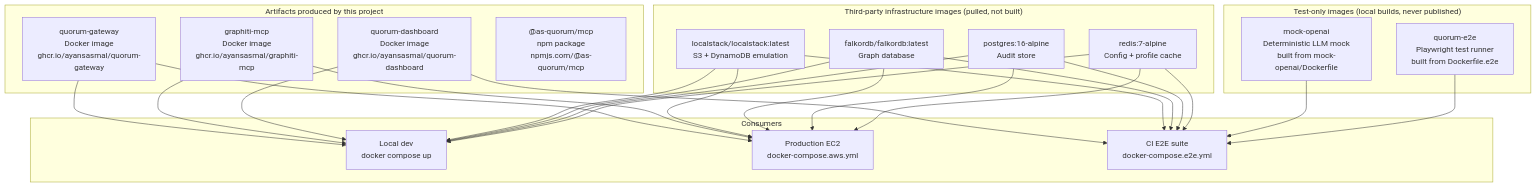
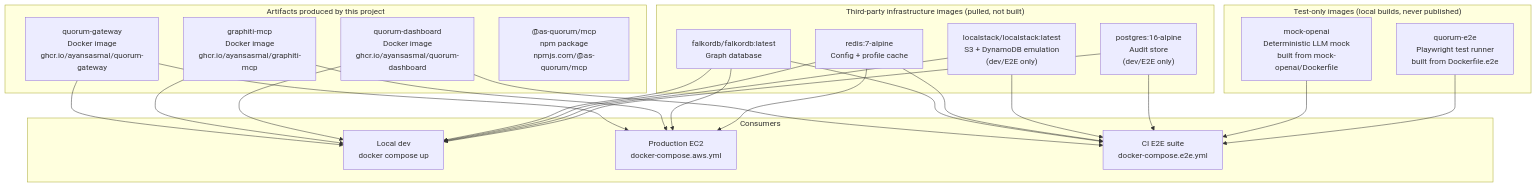
Before and after one commit to ayansasmal/quorum: the first of 6 diagrams in docs/CICD-DEPLOYMENT.md, drawn with Mermaid. The commit also changed other lines of this file and 1 other file, not shown here.

Commit message:
docs: align runtime artifact notes

````diff
--- a/docs/CICD-DEPLOYMENT.md
+++ b/docs/CICD-DEPLOYMENT.md
@@ -13,33 +13,34 @@
 ```mermaid
 graph TD
     subgraph artifacts["Artifacts produced by this project"]
         GW["quorum-gateway\nDocker image\nghcr.io/ayansasmal/quorum-gateway"]
         GR["graphiti-mcp\nDocker image\nghcr.io/ayansasmal/graphiti-mcp"]
         DASH["quorum-dashboard\nDocker image\nghcr.io/ayansasmal/quorum-dashboard"]
         MCP["@as-quorum/mcp\nnpm package\nnpmjs.com/@as-quorum/mcp"]
     end
 
     subgraph infra["Third-party infrastructure images (pulled, not built)"]
-        LS["localstack/localstack:latest\nS3 + DynamoDB emulation"]
+        LS["localstack/localstack:latest\nS3 + DynamoDB emulation\n(dev/E2E only)"]
         FDB["falkordb/falkordb:latest\nGraph database"]
-        PG["postgres:16-alpine\nAudit store"]
+        PG["postgres:16-alpine\nAudit store\n(dev/E2E only)"]
         RD["redis:7-alpine\nConfig + profile cache"]
     end
 
     subgraph testonly["Test-only images (local builds, never published)"]
         MO["mock-openai\nDeterministic LLM mock\nbuilt from mock-openai/Dockerfile"]
         E2E["quorum-e2e\nPlaywright test runner\nbuilt from Dockerfile.e2e"]
     end
 
     subgraph consumers["Consumers"]
         DEV["Local dev\ndocker compose up"]
         PROD["Production EC2\ndocker-compose.aws.yml"]
         CI_E2E["CI E2E suite\ndocker-compose.e2e.yml"]
     end
 
     GW --> DEV & PROD
     GR --> DEV & PROD
     DASH --> DEV & CI_E2E
-    LS & FDB & PG & RD --> DEV & PROD & CI_E2E
+    FDB & RD --> DEV & PROD & CI_E2E
+    LS & PG --> DEV & CI_E2E
     MO & E2E --> CI_E2E
 ```
````
